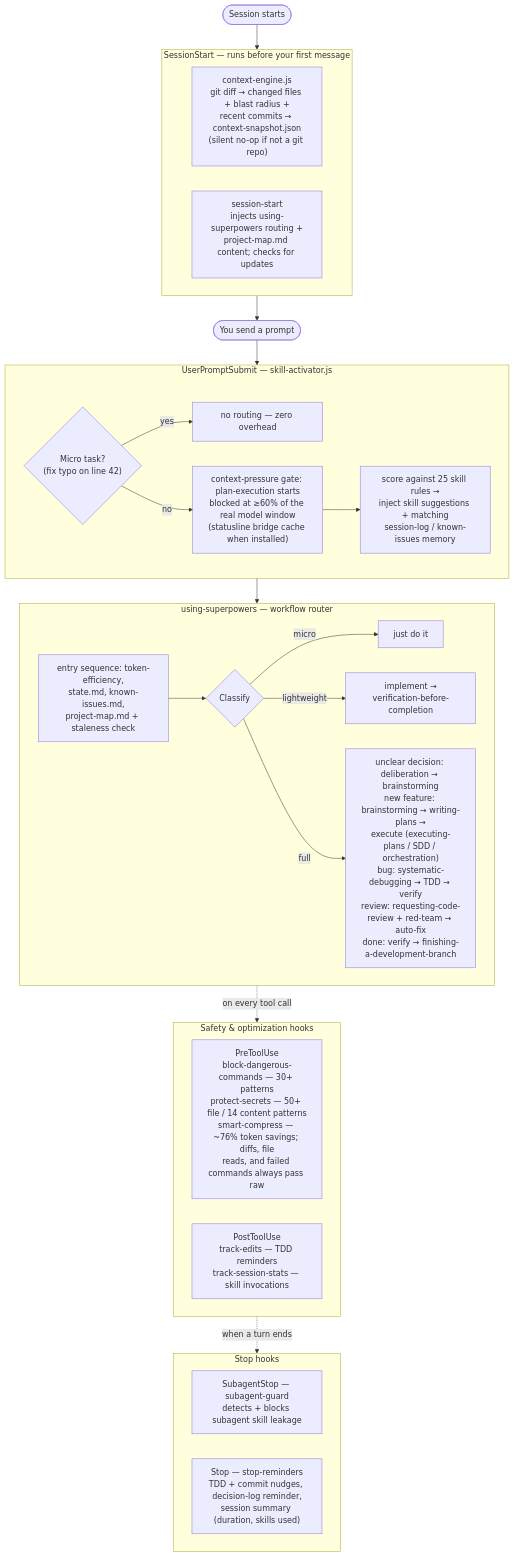
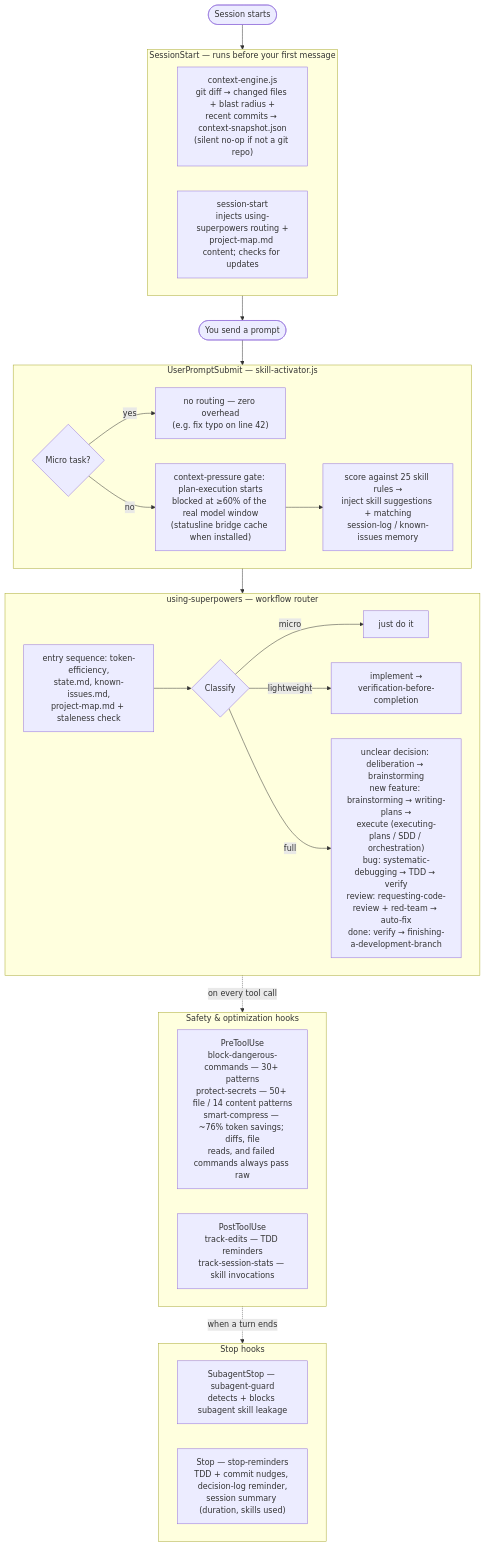
The diagram in README.md (brunob54/superpowers-orchestrator), drawn with Mermaid before and after one commit.

Commit message:
docs(readme): fix Mermaid parse error — parentheses illegal in diamond node

````diff
--- a/README.md
+++ b/README.md
@@ -96,42 +96,42 @@
 ```mermaid
 flowchart TD
     START([Session starts]) --> SS
 
     subgraph SS["SessionStart — runs before your first message"]
         CE["context-engine.js<br/>git diff → changed files + blast radius +<br/>recent commits → context-snapshot.json<br/>(silent no-op if not a git repo)"]
         SST["session-start<br/>injects using-superpowers routing +<br/>project-map.md content; checks for updates"]
     end
 
     SS --> PROMPT([You send a prompt])
     PROMPT --> SA
 
     subgraph SA["UserPromptSubmit — skill-activator.js"]
-        Q1{"Micro task?<br/>(fix typo on line 42)"} -->|yes| Z1["no routing — zero overhead"]
+        Q1{"Micro task?"} -->|yes| Z1["no routing — zero overhead<br/>(e.g. fix typo on line 42)"]
         Q1 -->|no| PG["context-pressure gate: plan-execution starts<br/>blocked at ≥60% of the real model window<br/>(statusline bridge cache when installed)"]
         PG --> SCORE["score against 25 skill rules →<br/>inject skill suggestions + matching<br/>session-log / known-issues memory"]
     end
 
     SA --> RT
 
     subgraph RT["using-superpowers — workflow router"]
         ES["entry sequence: token-efficiency,<br/>state.md, known-issues.md,<br/>project-map.md + staleness check"]
         ES --> CLS{"Classify"}
         CLS -->|micro| JD["just do it"]
         CLS -->|lightweight| LW["implement →<br/>verification-before-completion"]
         CLS -->|full| FULL["unclear decision: deliberation → brainstorming<br/>new feature: brainstorming → writing-plans →<br/>execute (executing-plans / SDD / orchestration)<br/>bug: systematic-debugging → TDD → verify<br/>review: requesting-code-review + red-team → auto-fix<br/>done: verify → finishing-a-development-branch"]
     end
 
     RT -.->|"on every tool call"| TOOLS
 
     subgraph TOOLS["Safety & optimization hooks"]
         PRE["PreToolUse<br/>block-dangerous-commands — 30+ patterns<br/>protect-secrets — 50+ file / 14 content patterns<br/>smart-compress — ~76% token savings; diffs, file<br/>reads, and failed commands always pass raw"]
         POST["PostToolUse<br/>track-edits — TDD reminders<br/>track-session-stats — skill invocations"]
     end
 
     TOOLS -.->|"when a turn ends"| STOPS
 
     subgraph STOPS["Stop hooks"]
         SG["SubagentStop — subagent-guard<br/>detects + blocks subagent skill leakage"]
         SR["Stop — stop-reminders<br/>TDD + commit nudges, decision-log reminder,<br/>session summary (duration, skills used)"]
     end
 ```
````
